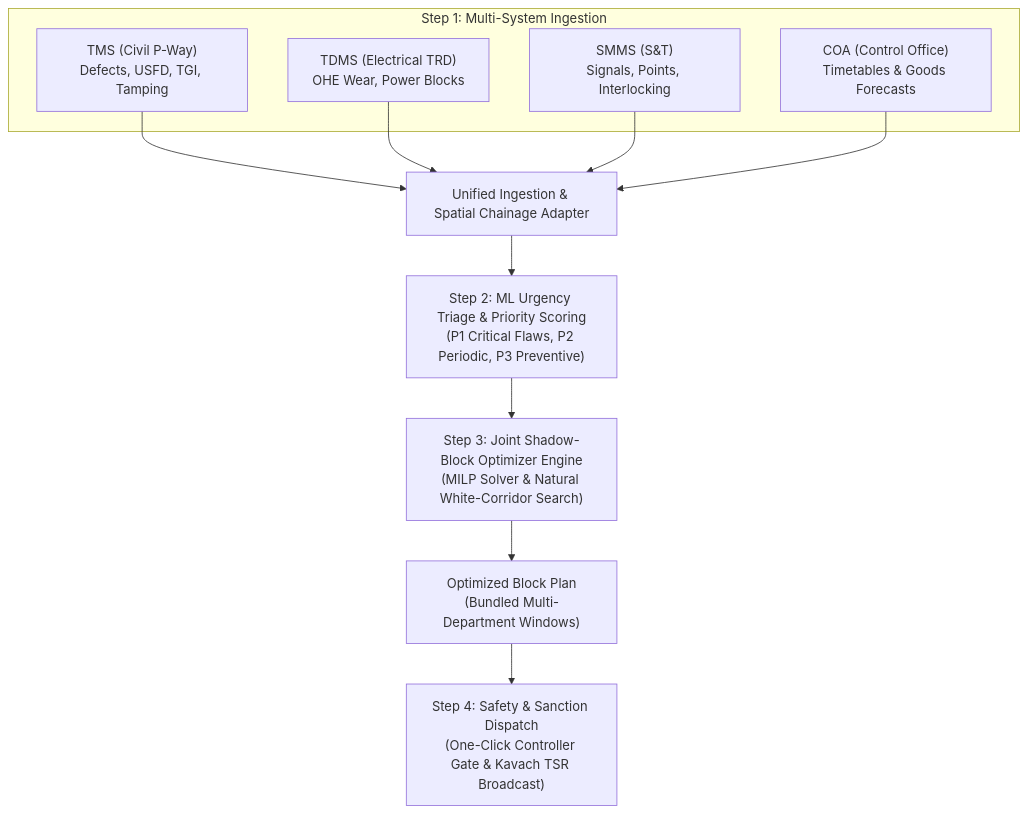
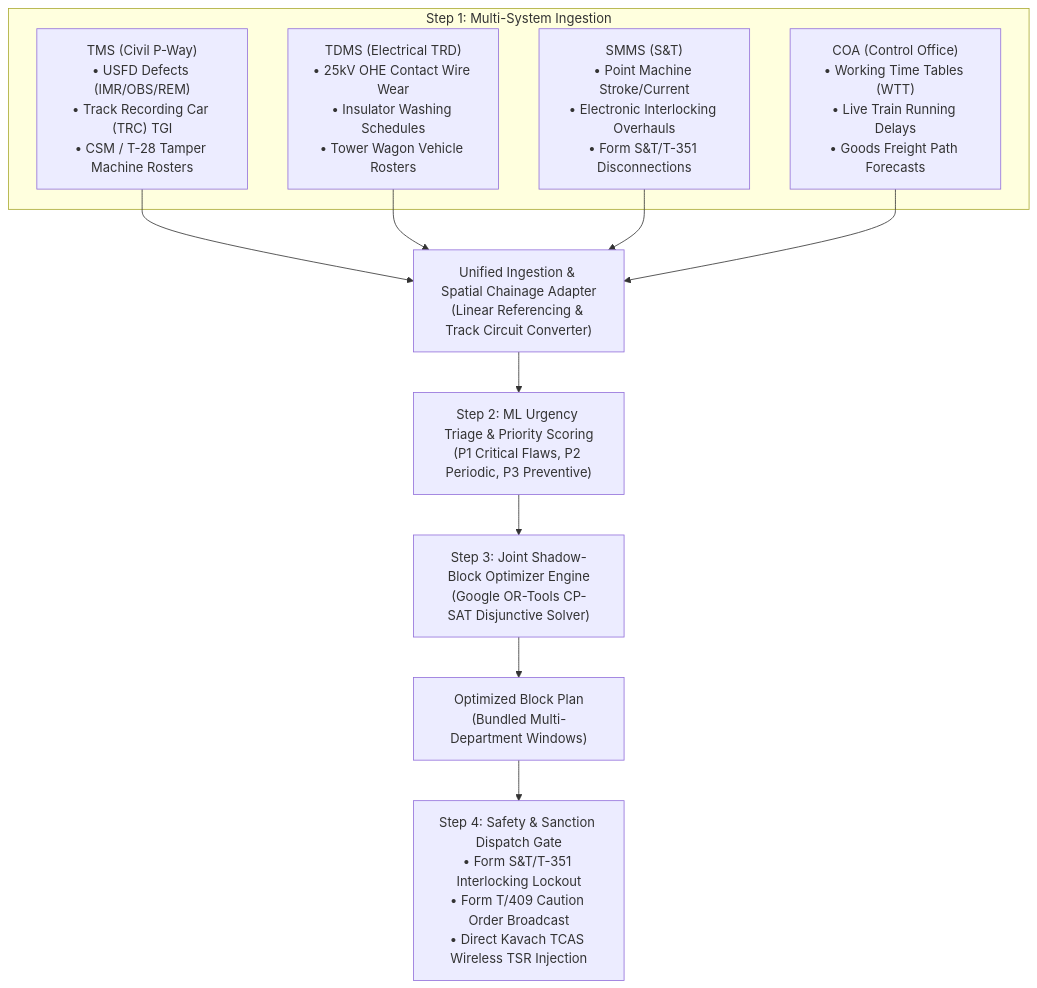
Before and after one commit to ritam413/RailSuraksha-AI-: the diagram in docs/ideasUnderstanding.md, drawn with Mermaid. The commit also changed other lines of this file and 42 other files, not shown here.

````diff
--- a/docs/ideasUnderstanding.md
+++ b/docs/ideasUnderstanding.md
@@ -46,22 +50,22 @@
 ```mermaid
 graph TD
     subgraph "Step 1: Multi-System Ingestion"
-        TMS["TMS (Civil P-Way)<br/>Defects, USFD, TGI, Tamping"] 
-        TDMS["TDMS (Electrical TRD)<br/>OHE Wear, Power Blocks"]
-        SMMS["SMMS (S&T)<br/>Signals, Points, Interlocking"]
-        COA["COA (Control Office)<br/>Timetables & Goods Forecasts"]
+        TMS["TMS (Civil P-Way)<br/>• USFD Defects (IMR/OBS/REM)<br/>• Track Recording Car (TRC) TGI<br/>• CSM / T-28 Tamper Machine Rosters"] 
+        TDMS["TDMS (Electrical TRD)<br/>• 25kV OHE Contact Wire Wear<br/>• Insulator Washing Schedules<br/>• Tower Wagon Vehicle Rosters"]
+        SMMS["SMMS (S&T)<br/>• Point Machine Stroke/Current<br/>• Electronic Interlocking Overhauls<br/>• Form S&T/T-351 Disconnections"]
+        COA["COA (Control Office)<br/>• Working Time Tables (WTT)<br/>• Live Train Running Delays<br/>• Goods Freight Path Forecasts"]
     end
 
-    TMS --> Normalizer["Unified Ingestion & Spatial Chainage Adapter"]
+    TMS --> Normalizer["Unified Ingestion & Spatial Chainage Adapter<br/>(Linear Referencing & Track Circuit Converter)"]
     TDMS --> Normalizer
     SMMS --> Normalizer
     COA --> Normalizer
 
     Normalizer --> Step2["Step 2: ML Urgency Triage & Priority Scoring<br/>(P1 Critical Flaws, P2 Periodic, P3 Preventive)"]
 
-    Step2 --> Step3["Step 3: Joint Shadow-Block Optimizer Engine<br/>(MILP Solver & Natural White-Corridor Search)"]
+    Step2 --> Step3["Step 3: Joint Shadow-Block Optimizer Engine<br/>(Google OR-Tools CP-SAT Disjunctive Solver)"]
 
     Step3 --> Output["Optimized Block Plan<br/>(Bundled Multi-Department Windows)"]
 
-    Output --> Step4["Step 4: Safety & Sanction Dispatch<br/>(One-Click Controller Gate & Kavach TSR Broadcast)"]
+    Output --> Step4["Step 4: Safety & Sanction Dispatch Gate<br/>• Form S&T/T-351 Interlocking Lockout<br/>• Form T/409 Caution Order Broadcast<br/>• Direct Kavach TCAS Wireless TSR Injection"]
 ```
````
